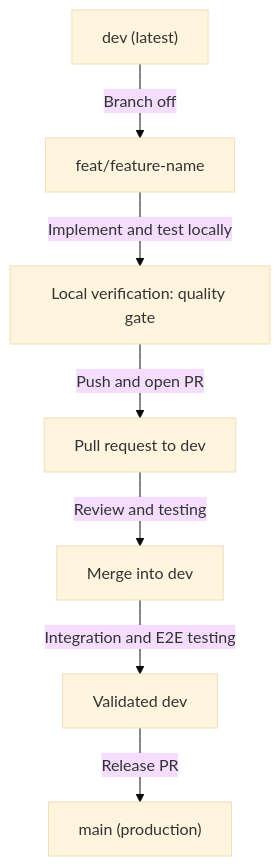
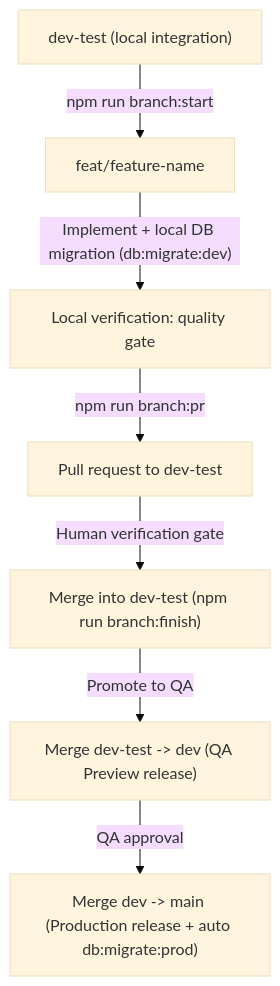
Before and after one commit to dinethsiriwardana/ai-agent-instructions-template: the diagram in core/docs/PROJECT_GUIDELINES.md, drawn with Mermaid (base theme). The commit also changed other lines of this file and 12 other files, not shown here.

Commit message:
docs: update documentation, add MIT license, and introduce core git flow scripts and branch registry

````diff
--- a/core/docs/PROJECT_GUIDELINES.md
+++ b/core/docs/PROJECT_GUIDELINES.md
@@ -37,9 +59,9 @@
 ```mermaid
 flowchart TD
-    A["dev (latest)"] -->|Branch off| B["feat/feature-name"]
-    B -->|Implement and test locally| C["Local verification: quality gate"]
-    C -->|Push and open PR| D["Pull request to dev"]
-    D -->|Review and testing| E["Merge into dev"]
-    E -->|Integration and E2E testing| F["Validated dev"]
-    F -->|Release PR| G["main (production)"]
+    A["dev-test (local integration)"] -->|"npm run branch:start"| B["feat/feature-name"]
+    B -->|"Implement + local DB migration (db:migrate:dev)"| C["Local verification: quality gate"]
+    C -->|"npm run branch:pr"| D["Pull request to dev-test"]
+    D -->|"Human verification gate"| E["Merge into dev-test (npm run branch:finish)"]
+    E -->|"Promote to QA"| F["Merge dev-test -> dev (QA Preview release)"]
+    F -->|"QA approval"| G["Merge dev -> main (Production release + auto db:migrate:prod)"]
 ```
````
